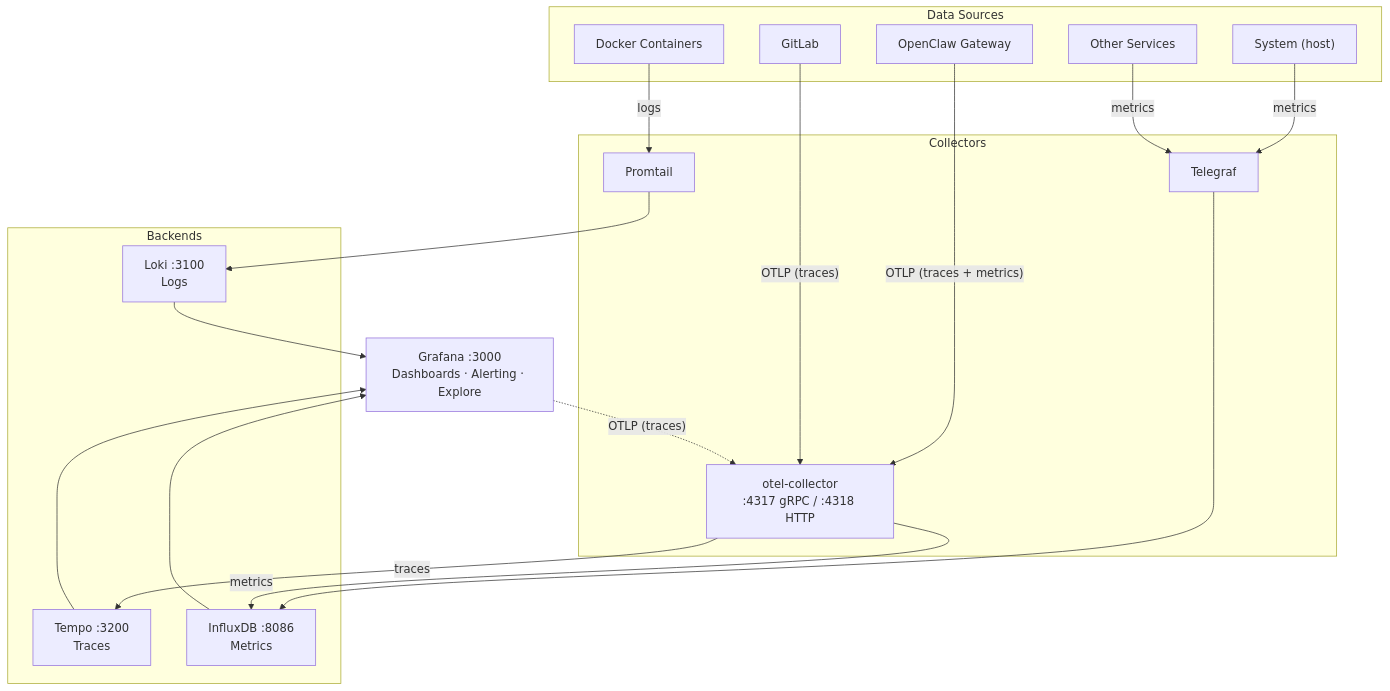
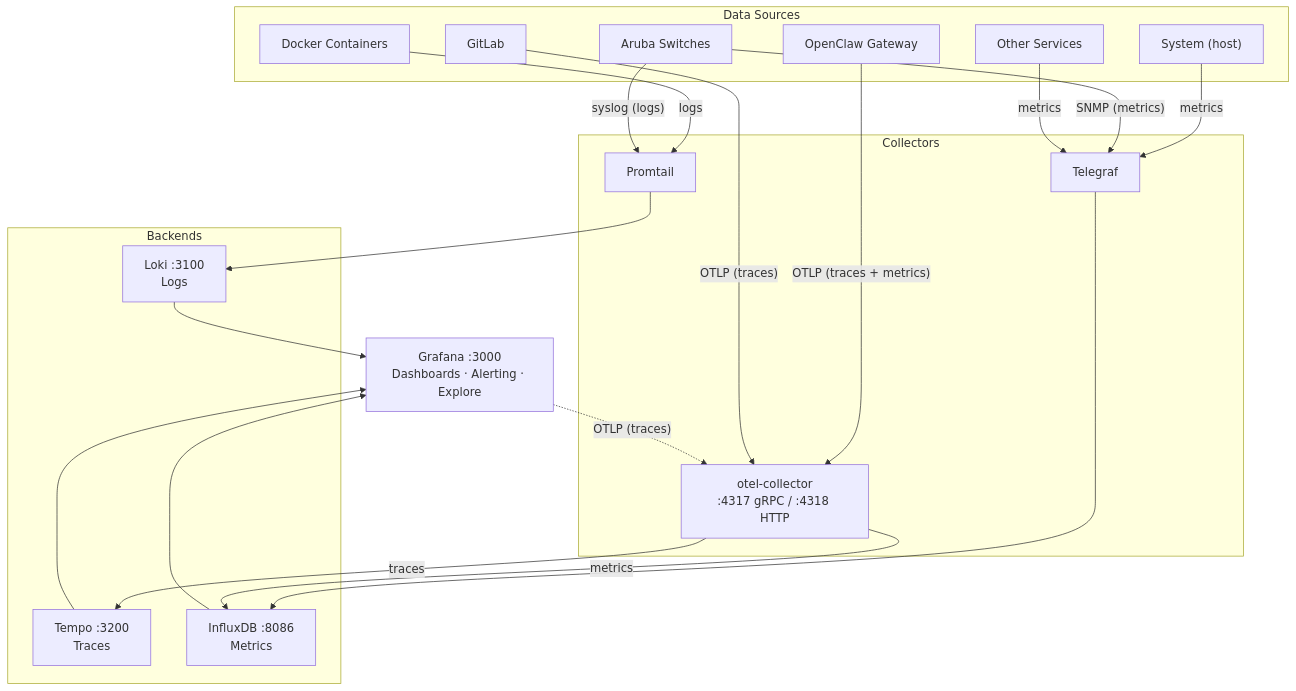
Before and after one commit to konturn/homelab: the diagram in docs/OBSERVABILITY.md, drawn with Mermaid. The commit also changed other lines of this file and 4 other files, not shown here.

First line of the commit message:
feat: add Aruba switch monitoring — SNMP metrics + syslog logs

````diff
--- a/docs/OBSERVABILITY.md
+++ b/docs/OBSERVABILITY.md
@@ -7,40 +7,43 @@
 ```mermaid
 graph TD
     subgraph sources["Data Sources"]
         docker["Docker Containers"]
         system["System (host)"]
+        switches["Aruba Switches"]
         openclaw["OpenClaw Gateway"]
         gitlab["GitLab"]
         other["Other Services"]
     end
 
     subgraph collectors["Collectors"]
         promtail["Promtail"]
         telegraf["Telegraf"]
         otel["otel-collector<br/>:4317 gRPC / :4318 HTTP"]
     end
 
     subgraph backends["Backends"]
         loki["Loki :3100<br/>Logs"]
         tempo["Tempo :3200<br/>Traces"]
         influx["InfluxDB :8086<br/>Metrics"]
     end
 
     grafana["Grafana :3000<br/>Dashboards · Alerting · Explore"]
 
     docker -- logs --> promtail
     system -- metrics --> telegraf
+    switches -- "SNMP (metrics)" --> telegraf
+    switches -- "syslog (logs)" --> promtail
     other -- metrics --> telegraf
     openclaw -- "OTLP (traces + metrics)" --> otel
     gitlab -- "OTLP (traces)" --> otel
     grafana -. "OTLP (traces)" .-> otel
 
     promtail --> loki
     telegraf --> influx
     otel -- traces --> tempo
     otel -- metrics --> influx
 
     loki --> grafana
     tempo --> grafana
     influx --> grafana
 ```
````
